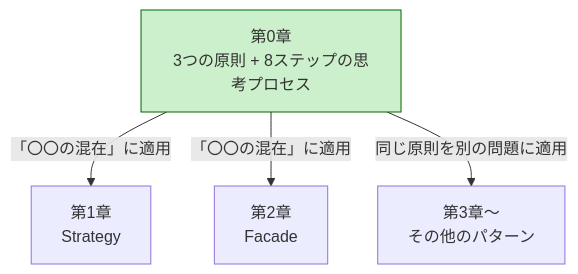
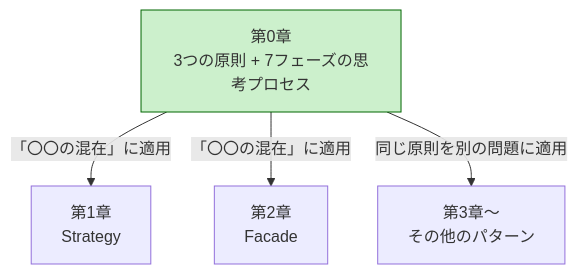
Before and after one commit to kumachan1101-pixel/DesignPattern: the first of 7 diagrams in kindle/design-patterns/templates/chapter0-template.md, drawn with Mermaid. The commit also changed other lines of this file and 6 other files, not shown here.

````diff
--- a/kindle/design-patterns/templates/chapter0-template.md
+++ b/kindle/design-patterns/templates/chapter0-template.md
@@ -29,13 +29,13 @@
 ```mermaid
 graph TD
-    A["第0章<br/>3つの原則 + 8ステップの思考プロセス"]
+    A["第0章<br/>3つの原則 + 7フェーズの思考プロセス"]
     B["第1章<br/>Strategy"]
     C["第2章<br/>Facade"]
     D["第3章〜<br/>その他のパターン"]
 
     A -->|「〇〇の混在」に適用| B
     A -->|「〇〇の混在」に適用| C
     A -->|同じ原則を別の問題に適用| D
 
     style A fill:#ccf0cc,stroke:#006600
 ```
````
